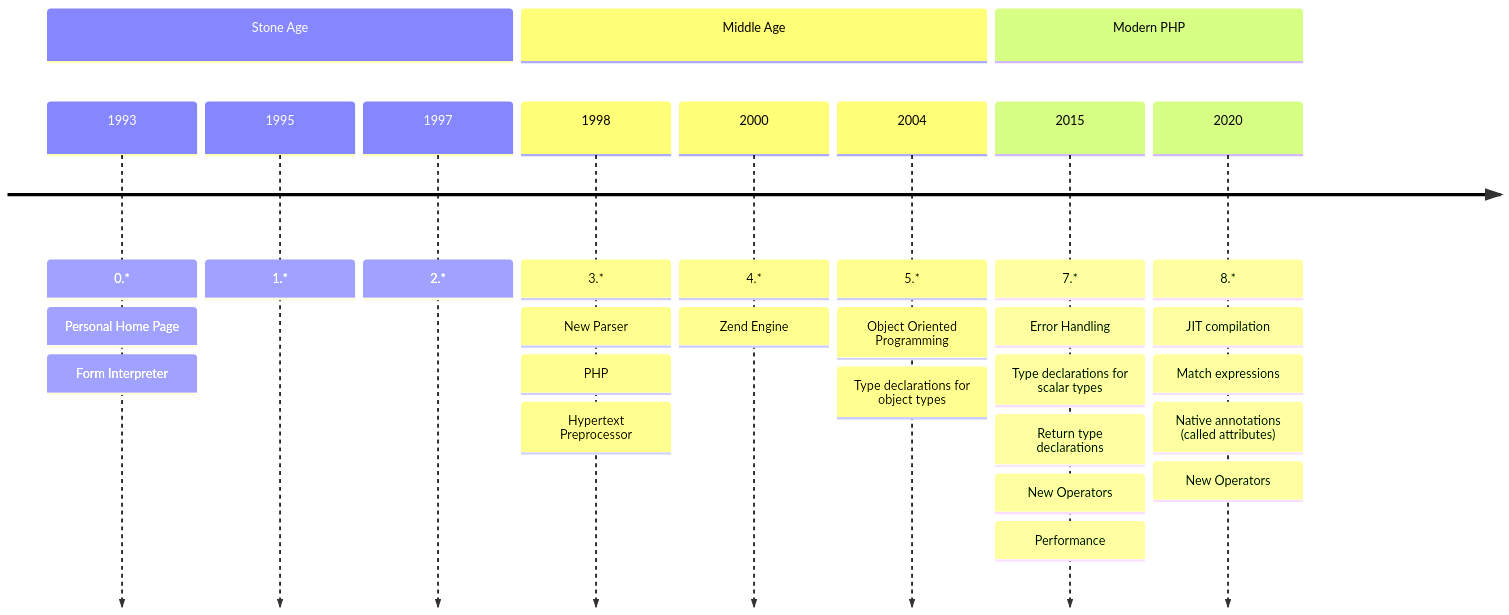
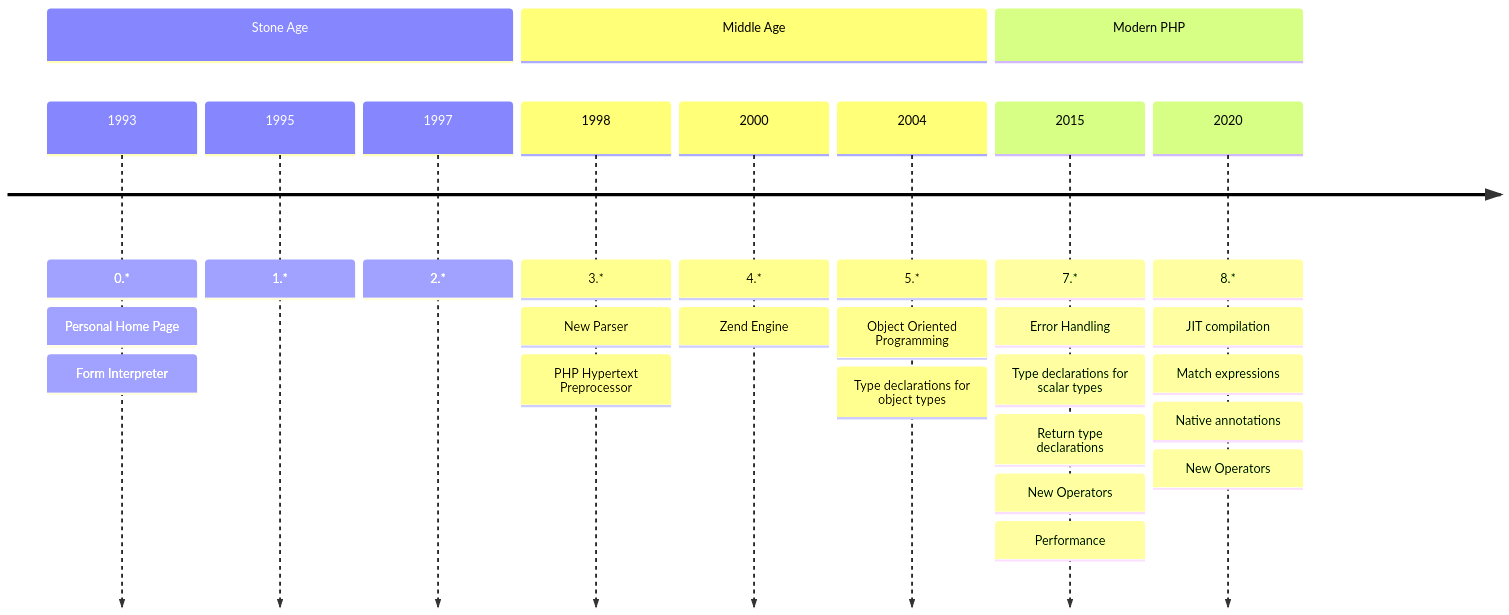
One commit to ofabel/php-tech-talk changed the diagram in media/timeline.mmd. Above: the diagram before and after it, drawn with Mermaid.

Commit message:
fix timeline

```diff
--- a/media/timeline.mmd
+++ b/media/timeline.mmd
@@ -1,28 +1,28 @@
 timeline
     section Stone Age
     1993 : 0.*
          : Personal Home Page
          : Form Interpreter
     1995 : 1.*
     1997 : 2.*
     section Middle Age
     1998 : 3.*
          : New Parser
-         : PHP: Hypertext Preprocessor
+         : PHP Hypertext Preprocessor
     2000 : 4.*
          : Zend Engine
     2004 : 5.*
          : Object Oriented Programming
          : Type declarations for object types
     section Modern PHP
     2015 : 7.*
          : Error Handling
          : Type declarations for scalar types
          : Return type declarations
          : New Operators
          : Performance
     2020 : 8.*
          : JIT compilation
          : Match expressions
-         : Native annotations (called attributes)
+         : Native annotations
          : New Operators
```
